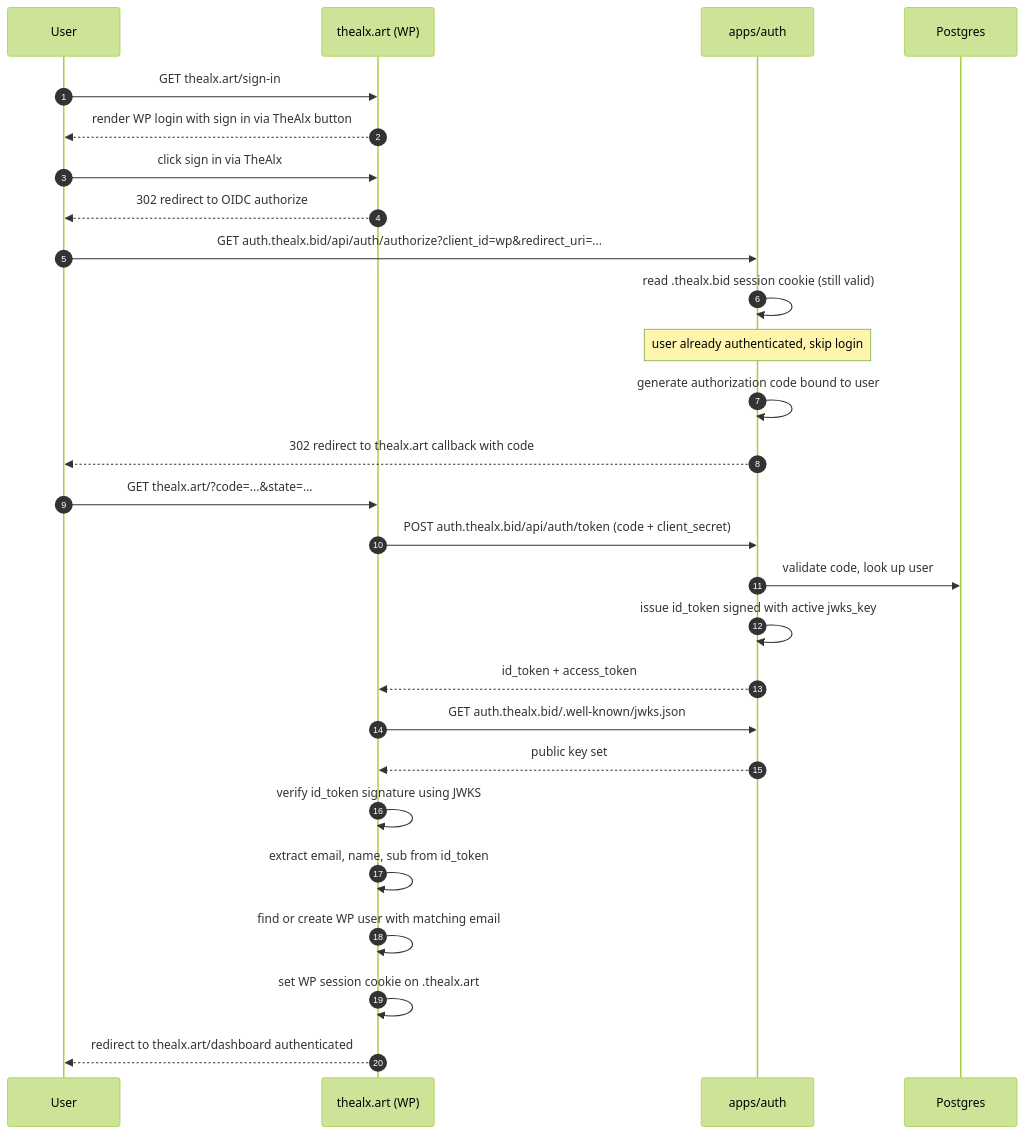
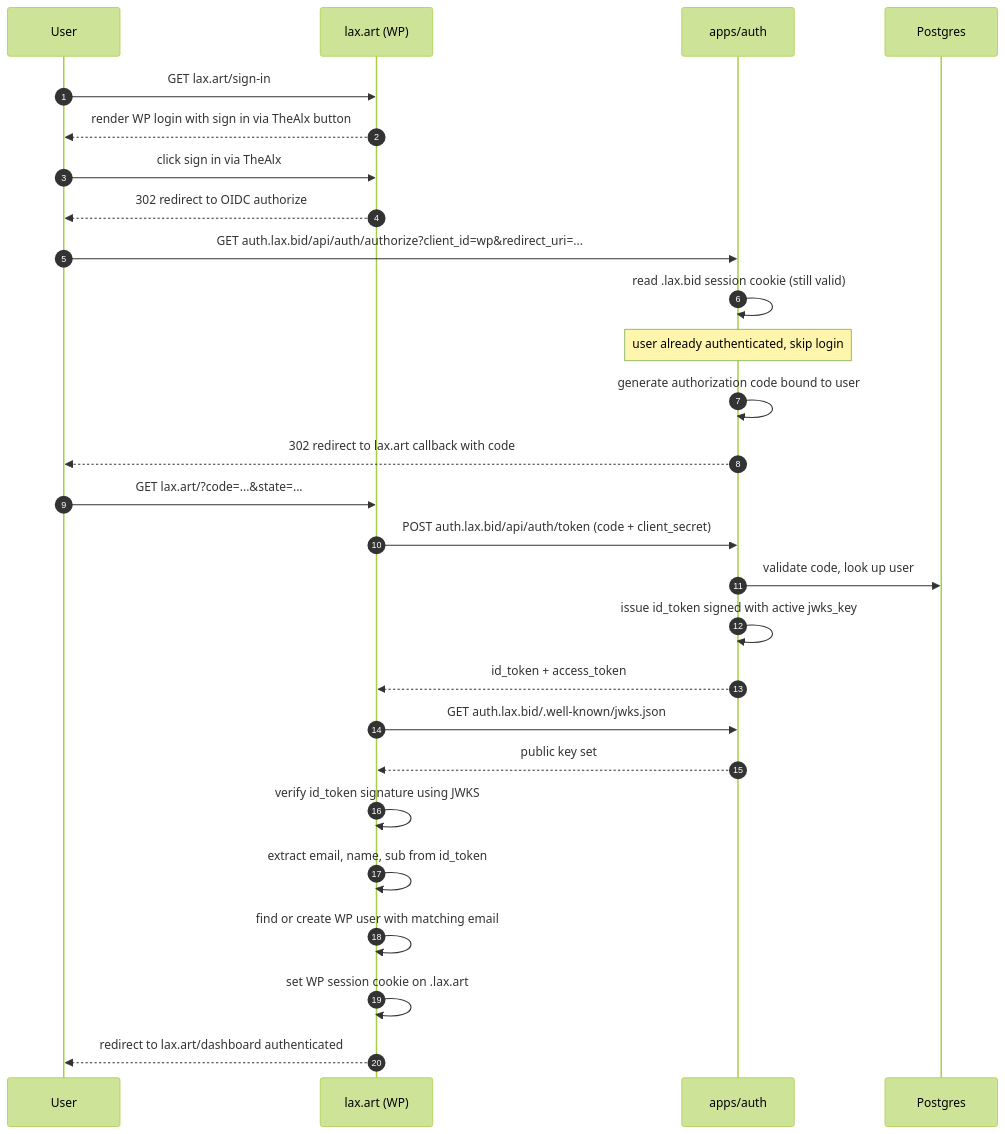
One commit to LAX-UK/monorepo changed the second of 3 diagrams in docs/architecture/05-identity-flow.md. Above: the diagram before and after it, drawn with Mermaid (forest theme). The commit also changed other lines of this file and 19 other files, not shown here.

First line of the commit message:
chore: rename thealx.bid → lax.bid across docs, env, and webhooks

````diff
--- a/docs/architecture/05-identity-flow.md
+++ b/docs/architecture/05-identity-flow.md
@@ -70,30 +70,30 @@
 ```mermaid
 sequenceDiagram
   autonumber
   participant U as User
-  participant WP as thealx.art (WP)
+  participant WP as lax.art (WP)
   participant A as apps/auth
   participant DB as Postgres
 
-  U->>WP: GET thealx.art/sign-in
+  U->>WP: GET lax.art/sign-in
   WP-->>U: render WP login with sign in via TheAlx button
   U->>WP: click sign in via TheAlx
   WP-->>U: 302 redirect to OIDC authorize
-  U->>A: GET auth.thealx.bid/api/auth/authorize?client_id=wp&redirect_uri=...
-  A->>A: read .thealx.bid session cookie (still valid)
+  U->>A: GET auth.lax.bid/api/auth/authorize?client_id=wp&redirect_uri=...
+  A->>A: read .lax.bid session cookie (still valid)
   Note over A: user already authenticated, skip login
   A->>A: generate authorization code bound to user
-  A-->>U: 302 redirect to thealx.art callback with code
-  U->>WP: GET thealx.art/?code=...&state=...
-  WP->>A: POST auth.thealx.bid/api/auth/token (code + client_secret)
+  A-->>U: 302 redirect to lax.art callback with code
+  U->>WP: GET lax.art/?code=...&state=...
+  WP->>A: POST auth.lax.bid/api/auth/token (code + client_secret)
   A->>DB: validate code, look up user
   A->>A: issue id_token signed with active jwks_key
   A-->>WP: id_token + access_token
-  WP->>A: GET auth.thealx.bid/.well-known/jwks.json
+  WP->>A: GET auth.lax.bid/.well-known/jwks.json
   A-->>WP: public key set
   WP->>WP: verify id_token signature using JWKS
   WP->>WP: extract email, name, sub from id_token
   WP->>WP: find or create WP user with matching email
-  WP->>WP: set WP session cookie on .thealx.art
-  WP-->>U: redirect to thealx.art/dashboard authenticated
+  WP->>WP: set WP session cookie on .lax.art
+  WP-->>U: redirect to lax.art/dashboard authenticated
 ```
````
